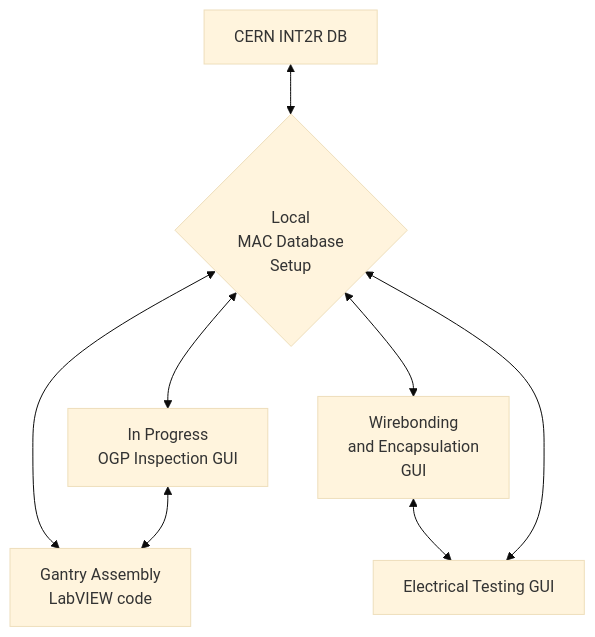
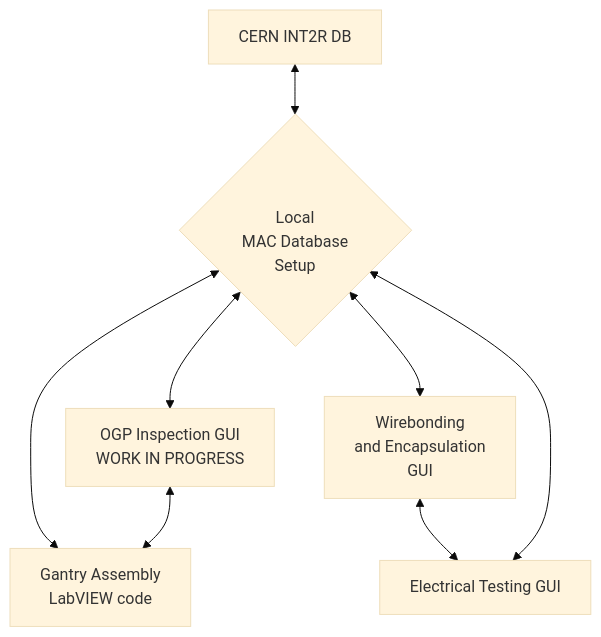
Before and after one commit to cmu-hgc-mac/.github: the diagram in profile/README.md, drawn with Mermaid (base theme).

````diff
--- a/profile/README.md
+++ b/profile/README.md
@@ -5,16 +5,16 @@
 ```mermaid
 graph TD
     K[CERN INT2R DB] <--> A
-    A{<br>Local<br>MAC Database<br>Setup} <--> B[In Progress<br>OGP Inspection GUI]
+    A{<br>Local<br>MAC Database<br>Setup} <--> B[OGP Inspection GUI<br>WORK IN PROGRESS]
     A{<br>Local<br>MAC Database<br>Setup} <--> C[Gantry Assembly<br>LabVIEW code]
     B <--> C
     A <--> D[Wirebonding<br>and Encapsulation<br>GUI]
     D <--> E[Electrical Testing GUI]
     E <--> A
     click A href "https://github.com/cmu-hgc-mac/HGC_DB_postgres/"
     click B href "https://github.com/cmu-hgc-mac/HGC_OGP_DB"
     click C href "https://github.com/kai-ucsb/Gantry"
     click D href "https://github.com/nkalliney1/wirebonder_gui"
     click E href "https://gitlab.cern.ch/acrobert/hgcal-module-testing-gui/"
 
 ```
````
